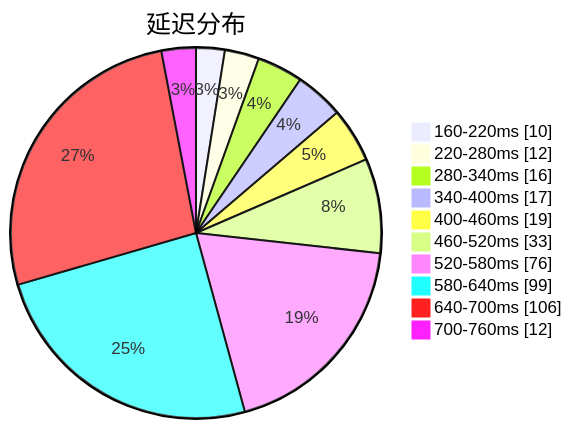
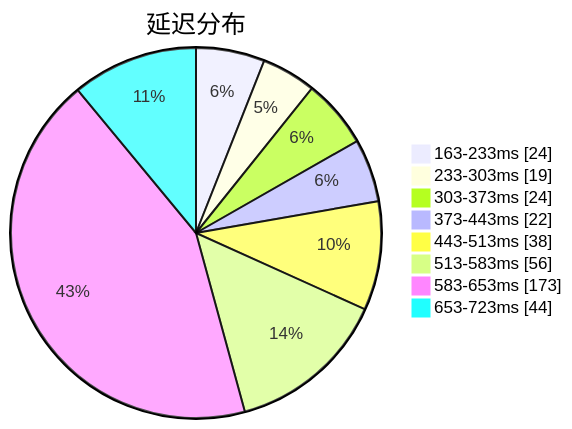
Before and after one commit to qjlxg/airport: the first of 3 diagrams in subs/statistics/tested_within.md, drawn with Mermaid. The commit also changed other lines of this file and 2 other files, not shown here.

Commit message:
Tested by metaST

````diff
--- a/subs/statistics/tested_within.md
+++ b/subs/statistics/tested_within.md
@@ -2,14 +2,12 @@
 ```mermaid
 pie showData
 title 延迟分布
-"160-220ms" : 10
-"220-280ms" : 12
-"280-340ms" : 16
-"340-400ms" : 17
-"400-460ms" : 19
-"460-520ms" : 33
-"520-580ms" : 76
-"580-640ms" : 99
-"640-700ms" : 106
-"700-760ms" : 12
+"163-233ms" : 24
+"233-303ms" : 19
+"303-373ms" : 24
+"373-443ms" : 22
+"443-513ms" : 38
+"513-583ms" : 56
+"583-653ms" : 173
+"653-723ms" : 44
 ```
````
